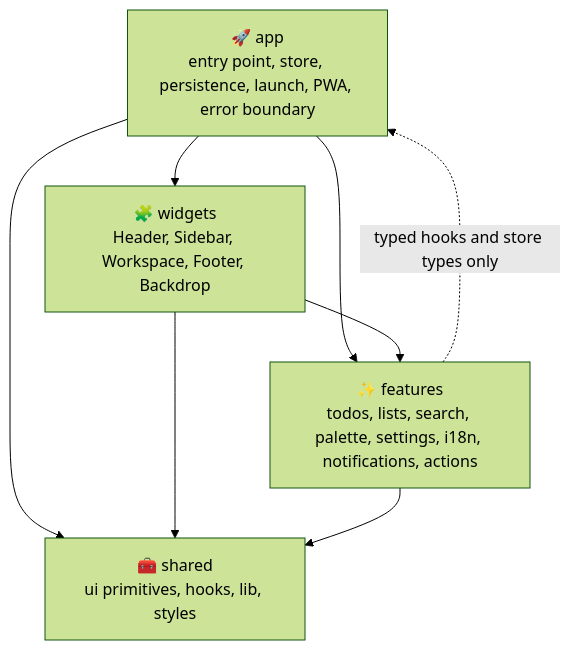
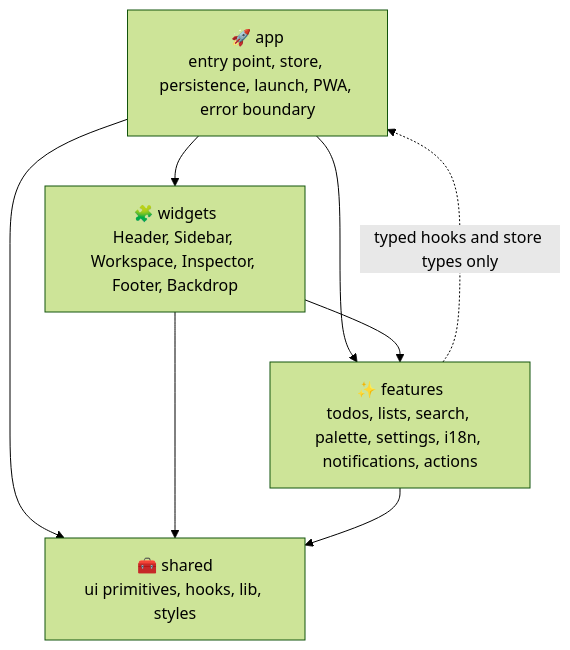
The first of 8 diagrams in docs/architecture.md (sacrificed666/react-todo-app), drawn with Mermaid (forest theme) before and after one commit. The commit also changed other lines of this file and 102 other files, not shown here.

````diff
--- a/docs/architecture.md
+++ b/docs/architecture.md
@@ -20,15 +20,15 @@
 ```mermaid
 flowchart TB
   app["🚀 app<br/>entry point, store, persistence, launch, PWA, error boundary"]
-  widgets["🧩 widgets<br/>Header, Sidebar, Workspace, Footer, Backdrop"]
+  widgets["🧩 widgets<br/>Header, Sidebar, Workspace, Inspector, Footer, Backdrop"]
   features["✨ features<br/>todos, lists, search, palette, settings, i18n, notifications, actions"]
   shared["🧰 shared<br/>ui primitives, hooks, lib, styles"]
 
   app --> widgets
   app --> features
   app --> shared
   widgets --> features
   widgets --> shared
   features --> shared
   features -. "typed hooks and store types only" .-> app
 ```
````
